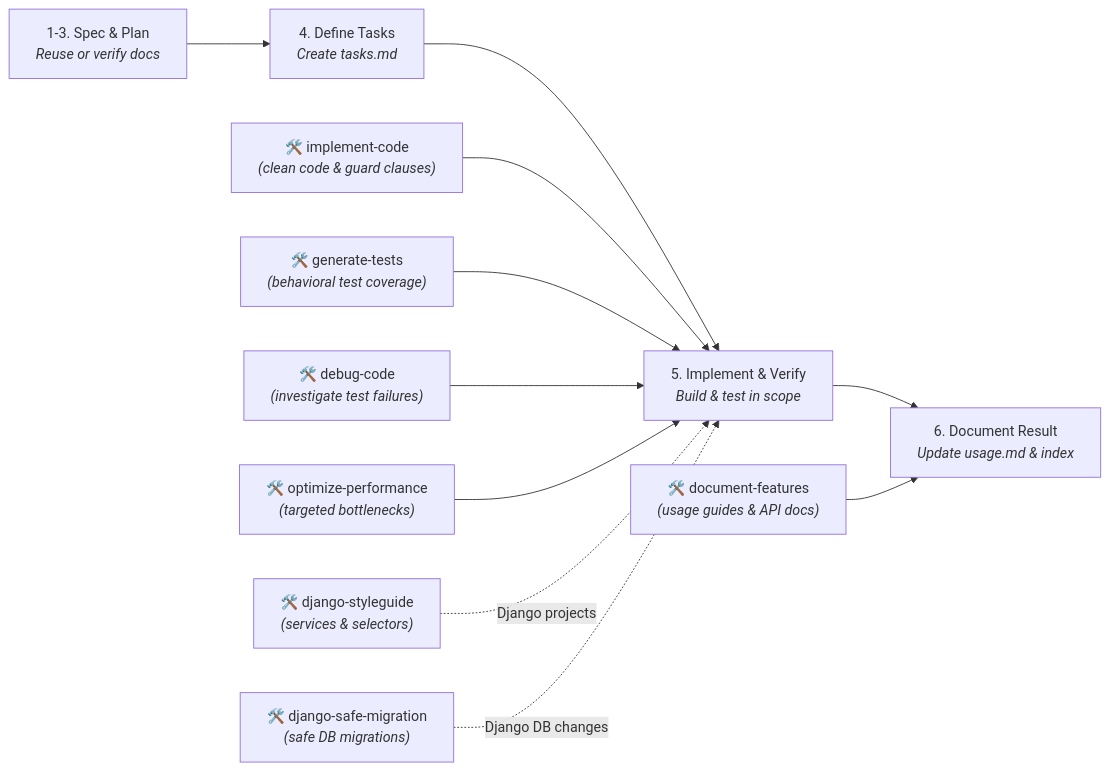
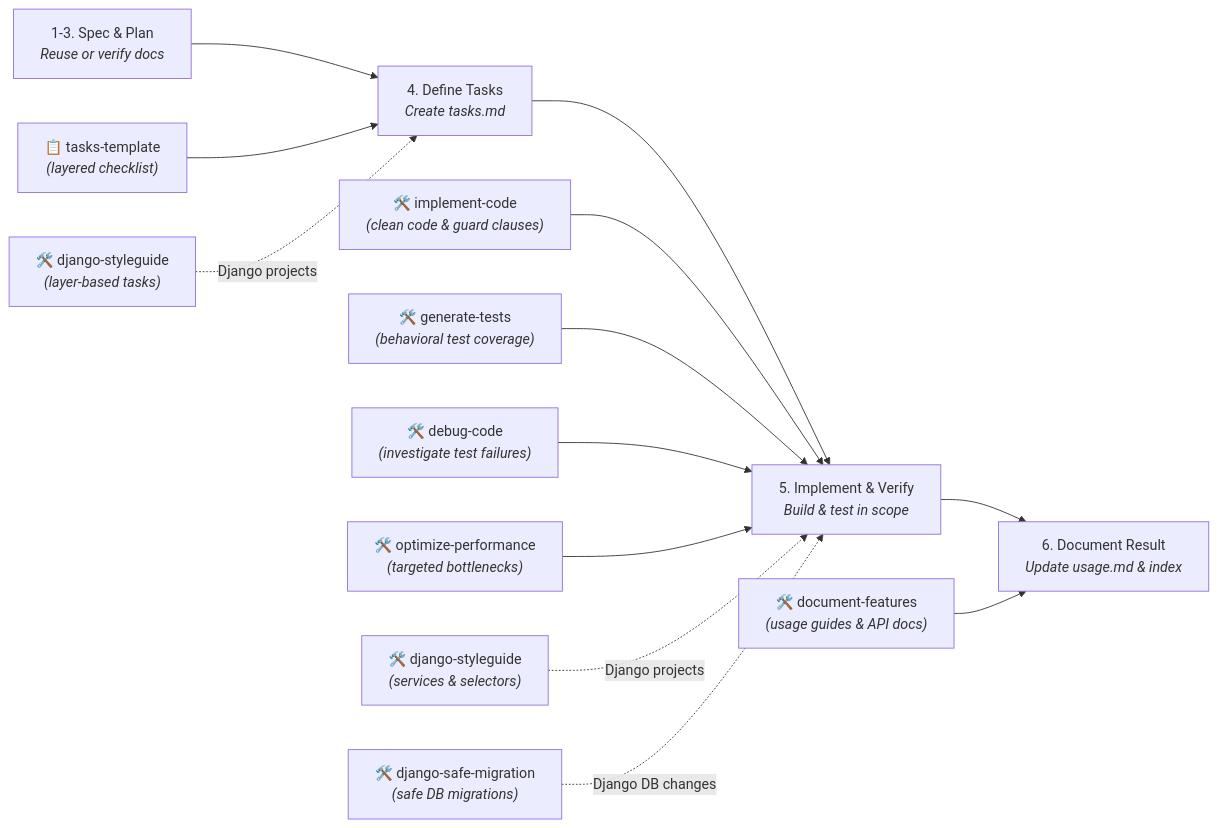
Before and after one commit to anibalexo/ai-resources: the third of 4 diagrams in workflows/README.md, drawn with Mermaid. The commit also changed other lines of this file and 21 other files, not shown here.

````diff
--- a/workflows/README.md
+++ b/workflows/README.md
@@ -71,18 +71,21 @@
 ```mermaid
 flowchart LR
     I1["1-3. Spec & Plan<br/><i>Reuse or verify docs</i>"]
     I2["4. Define Tasks<br/><i>Create tasks.md</i>"]
     I3["5. Implement & Verify<br/><i>Build & test in scope</i>"]
     I4["6. Document Result<br/><i>Update usage.md & index</i>"]
 
     I1 --> I2 --> I3 --> I4
+
+    SK_TSK["📋 tasks-template<br/><i>(layered checklist)</i>"] --> I2
+    SK_SG_T["🛠️ django-styleguide<br/><i>(layer-based tasks)</i>"] -.->|Django projects| I2
 
     SK_CODE["🛠️ implement-code<br/><i>(clean code & guard clauses)</i>"] --> I3
     SK_TEST["🛠️ generate-tests<br/><i>(behavioral test coverage)</i>"] --> I3
     SK_DBG["🛠️ debug-code<br/><i>(investigate test failures)</i>"] --> I3
     SK_OPT["🛠️ optimize-performance<br/><i>(targeted bottlenecks)</i>"] --> I3
     SK_SG2["🛠️ django-styleguide<br/><i>(services & selectors)</i>"] -.->|Django projects| I3
     SK_MIG2["🛠️ django-safe-migration<br/><i>(safe DB migrations)</i>"] -.->|Django DB changes| I3
 
     SK_DOC["🛠️ document-features<br/><i>(usage guides & API docs)</i>"] --> I4
 ```
````
